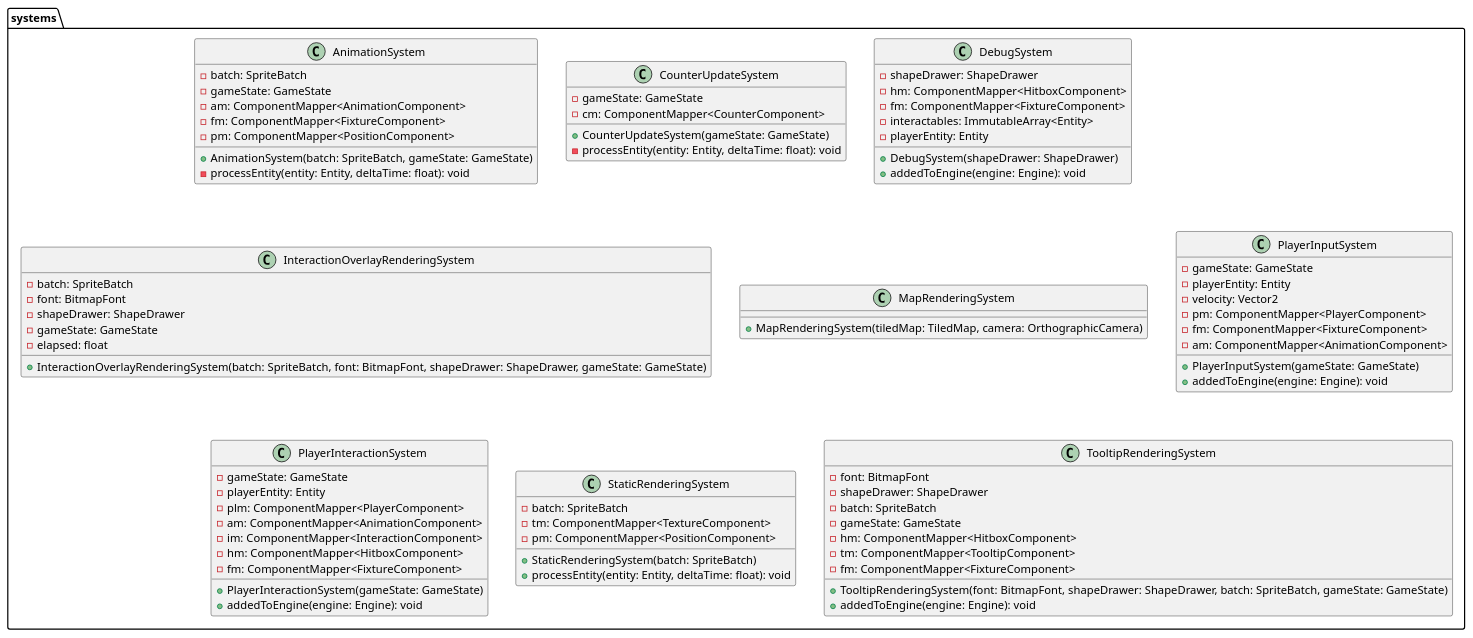
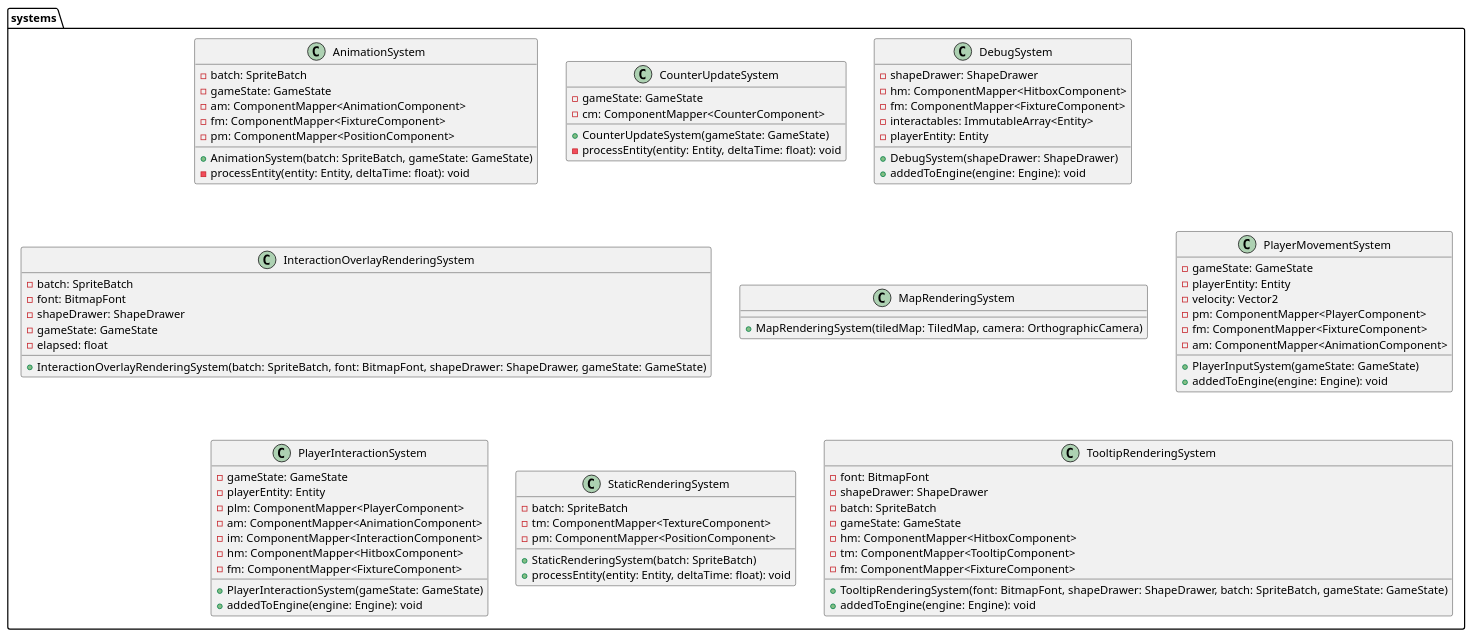
The diagram in architecture/systems.puml (ENG1-Group-9-2024/Heslington-Hustle-2), drawn with PlantUML before and after one commit. The commit also changed 15 other files, not shown here.

```diff
--- a/architecture/systems.puml
+++ b/architecture/systems.puml
@@ -1,90 +1,90 @@
 @startuml
 
 package systems {
     class AnimationSystem {
         - batch: SpriteBatch
         - gameState: GameState
         - am: ComponentMapper<AnimationComponent>
         - fm: ComponentMapper<FixtureComponent>
         - pm: ComponentMapper<PositionComponent>
         + AnimationSystem(batch: SpriteBatch, gameState: GameState)
         - processEntity(entity: Entity, deltaTime: float): void
     }
 
     class CounterUpdateSystem {
         - gameState: GameState
         - cm: ComponentMapper<CounterComponent>
         + CounterUpdateSystem(gameState: GameState)
         - processEntity(entity: Entity, deltaTime: float): void
     }
 
     class DebugSystem {
         - shapeDrawer: ShapeDrawer
         - hm: ComponentMapper<HitboxComponent>
         - fm: ComponentMapper<FixtureComponent>
         - interactables: ImmutableArray<Entity>
         - playerEntity: Entity
         + DebugSystem(shapeDrawer: ShapeDrawer)
         + addedToEngine(engine: Engine): void
     }
 
     class InteractionOverlayRenderingSystem {
         - batch: SpriteBatch
         - font: BitmapFont
         - shapeDrawer: ShapeDrawer
         - gameState: GameState
         - elapsed: float
         + InteractionOverlayRenderingSystem(batch: SpriteBatch, font: BitmapFont, shapeDrawer: ShapeDrawer, gameState: GameState)
     }
 
     class MapRenderingSystem {
 
         + MapRenderingSystem(tiledMap: TiledMap, camera: OrthographicCamera)
     }
 
-    class PlayerInputSystem {
+    class PlayerMovementSystem {
         - gameState: GameState
         - playerEntity: Entity
         - velocity: Vector2
         - pm: ComponentMapper<PlayerComponent>
         - fm: ComponentMapper<FixtureComponent>
         - am: ComponentMapper<AnimationComponent>
         + PlayerInputSystem(gameState: GameState)
         + addedToEngine(engine: Engine): void
 
     }
 
     class PlayerInteractionSystem {
         - gameState: GameState
         - playerEntity: Entity
         - plm: ComponentMapper<PlayerComponent>
         - am: ComponentMapper<AnimationComponent>
         - im: ComponentMapper<InteractionComponent>
         - hm: ComponentMapper<HitboxComponent>
         - fm: ComponentMapper<FixtureComponent>
         + PlayerInteractionSystem(gameState: GameState)
         + addedToEngine(engine: Engine): void
     }
 
     class StaticRenderingSystem {
         - batch: SpriteBatch
         - tm: ComponentMapper<TextureComponent>
         - pm: ComponentMapper<PositionComponent>
         + StaticRenderingSystem(batch: SpriteBatch)
         + processEntity(entity: Entity, deltaTime: float): void
     }
 
     class TooltipRenderingSystem {
         - font: BitmapFont
         - shapeDrawer: ShapeDrawer
         - batch: SpriteBatch
         - gameState: GameState
         - hm: ComponentMapper<HitboxComponent>
         - tm: ComponentMapper<TooltipComponent>
         - fm: ComponentMapper<FixtureComponent>
         + TooltipRenderingSystem(font: BitmapFont, shapeDrawer: ShapeDrawer, batch: SpriteBatch, gameState: GameState)
         + addedToEngine(engine: Engine): void
 
     }
 }
 @enduml
```
